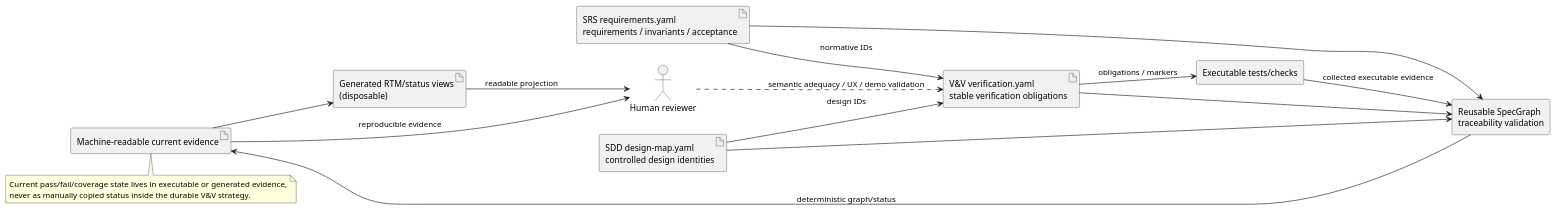
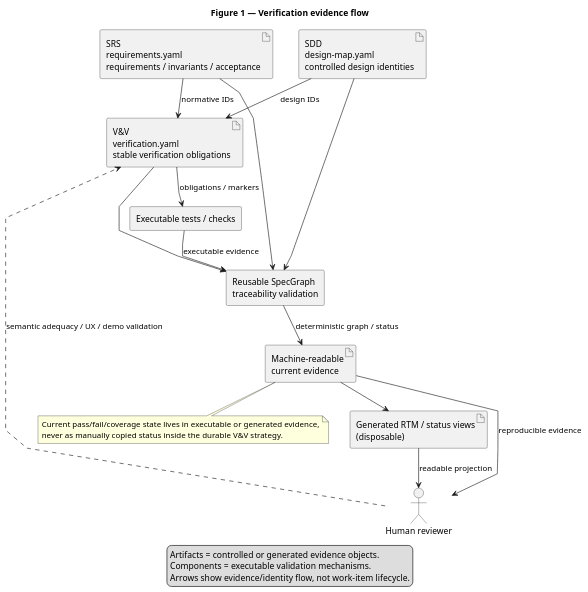
Before and after one commit to jdoe-dev-159753/specgraph-reference-app: the diagram in docs/assignment/VV/diagrams/verification-evidence-flow.puml, drawn with PlantUML.

Commit message:
docs: make V&V evidence flow readable in GitHub

```diff
--- a/docs/assignment/VV/diagrams/verification-evidence-flow.puml
+++ b/docs/assignment/VV/diagrams/verification-evidence-flow.puml
@@ -1,31 +1,41 @@
 @startuml
-left to right direction
+title Figure 1 — Verification evidence flow
+top to bottom direction
 skinparam componentStyle rectangle
+skinparam linetype polyline
+skinparam nodesep 35
+skinparam ranksep 45
 
-artifact "SRS requirements.yaml\nrequirements / invariants / acceptance" as SRS
-artifact "SDD design-map.yaml\ncontrolled design identities" as SDD
-artifact "V&V verification.yaml\nstable verification obligations" as VV
-component "Executable tests/checks" as Tests
+artifact "SRS\nrequirements.yaml\nrequirements / invariants / acceptance" as SRS
+artifact "SDD\ndesign-map.yaml\ncontrolled design identities" as SDD
+artifact "V&V\nverification.yaml\nstable verification obligations" as VV
+component "Executable tests / checks" as Tests
 component "Reusable SpecGraph\ntraceability validation" as Harness
-artifact "Machine-readable current evidence" as Evidence
-artifact "Generated RTM/status views\n(disposable)" as Views
+artifact "Machine-readable\ncurrent evidence" as Evidence
+artifact "Generated RTM / status views\n(disposable)" as Views
 actor "Human reviewer" as Human
 
 SRS --> VV : normative IDs
 SDD --> VV : design IDs
 VV --> Tests : obligations / markers
 SRS --> Harness
 SDD --> Harness
 VV --> Harness
-Tests --> Harness : collected executable evidence
-Harness --> Evidence : deterministic graph/status
+Tests --> Harness : executable evidence
+Harness --> Evidence : deterministic graph / status
 Evidence --> Views
 Evidence --> Human : reproducible evidence
 Views --> Human : readable projection
 Human ..> VV : semantic adequacy / UX / demo validation
 
 note bottom of Evidence
   Current pass/fail/coverage state lives in executable or generated evidence,
   never as manually copied status inside the durable V&V strategy.
 end note
+
+legend bottom
+  Artifacts = controlled or generated evidence objects.
+  Components = executable validation mechanisms.
+  Arrows show evidence/identity flow, not work-item lifecycle.
+endlegend
 @enduml
```
